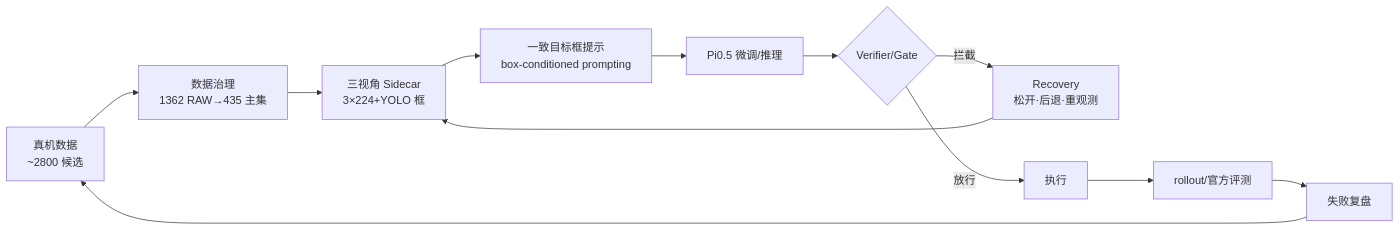
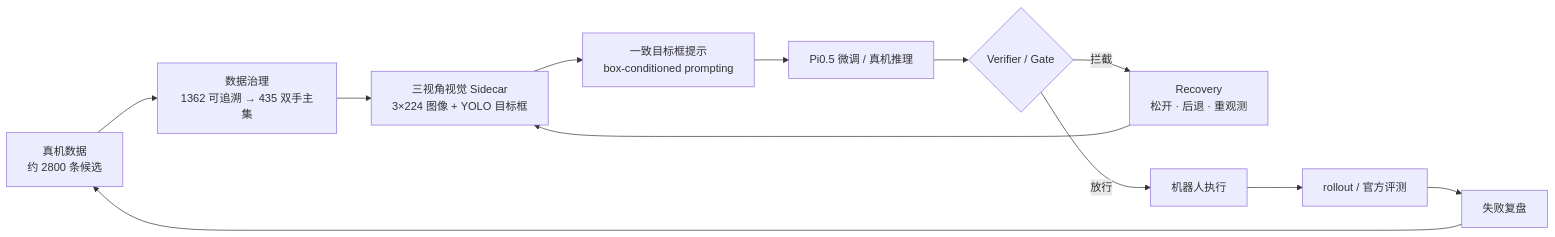
Before and after one commit to l2ktech/wzy-portfolio: the diagram in content/projects/g2-real.md, drawn with Mermaid. The commit also changed other lines of this file and 5 other files, not shown here.

Commit message:
回退：撤销 A 轮模板化对 6 个项目详情文档的文字修改，保留后续新增的两张 G2 真机截图

````diff
--- a/content/projects/g2-real.md
+++ b/content/projects/g2-real.md
@@ -13,14 +29,14 @@
 ```mermaid
 flowchart LR
-    A["真机数据<br/>~2800 候选"] --> B["数据治理<br/>1362 RAW→435 主集"]
-    B --> C["三视角 Sidecar<br/>3×224+YOLO 框"]
+    A["真机数据<br/>约 2800 条候选"] --> B["数据治理<br/>1362 可追溯 → 435 双手主集"]
+    B --> C["三视角视觉 Sidecar<br/>3×224 图像 + YOLO 目标框"]
     C --> D["一致目标框提示<br/>box-conditioned prompting"]
-    D --> E["Pi0.5 微调/推理"]
-    E --> F{"Verifier/Gate"}
-    F -->|拦截| G["Recovery<br/>松开·后退·重观测"]
+    D --> E["Pi0.5 微调 / 真机推理"]
+    E --> F{"Verifier / Gate"}
+    F -->|"拦截"| G["Recovery<br/>松开 · 后退 · 重观测"]
     G --> C
-    F -->|放行| H["执行"]
-    H --> I["rollout/官方评测"]
+    F -->|"放行"| H["机器人执行"]
+    H --> I["rollout / 官方评测"]
     I --> J["失败复盘"]
     J --> A
 ```
````
